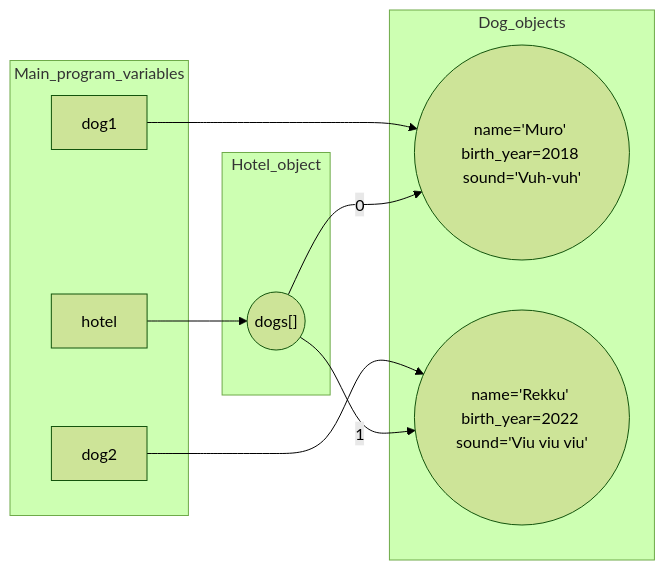
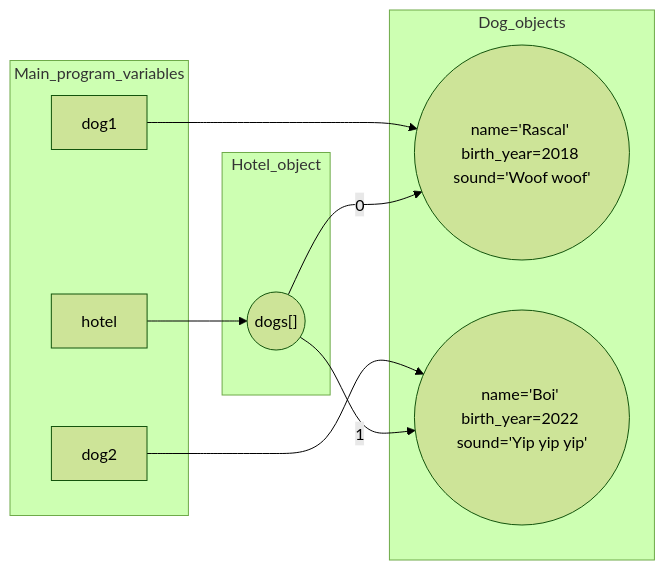
The second of 2 diagrams in en/10_Association.md (metropolia-sw/python), drawn with Mermaid (forest theme) before and after one commit. The commit also changed other lines of this file and 84 other files, not shown here.

````diff
--- a/en/10_Association.md
+++ b/en/10_Association.md
@@ -232,24 +163,24 @@
 ```mermaid
 flowchart LR
 
     subgraph Main_program_variables
         MV1[hotel]
         MV2[dog1]
         MV3[dog2]
     end
 
     subgraph Dog_objects
-      K1((name='Muro' birth_year=2018 sound='Vuh-vuh'))
-      K2((name='Rekku' birth_year=2022 sound='Viu viu viu'))
+      K1((name='Rascal' birth_year=2018 sound='Woof woof'))
+      K2((name='Boi' birth_year=2022 sound='Yip yip yip'))
     end
 
     subgraph Hotel_object
         H(("dogs[]"))
     end
 
     MV1 --> H
     MV2 --> K1
     MV3 --> K2
     H -- 0 --> K1
     H -- 1 --> K2
 ```
````
